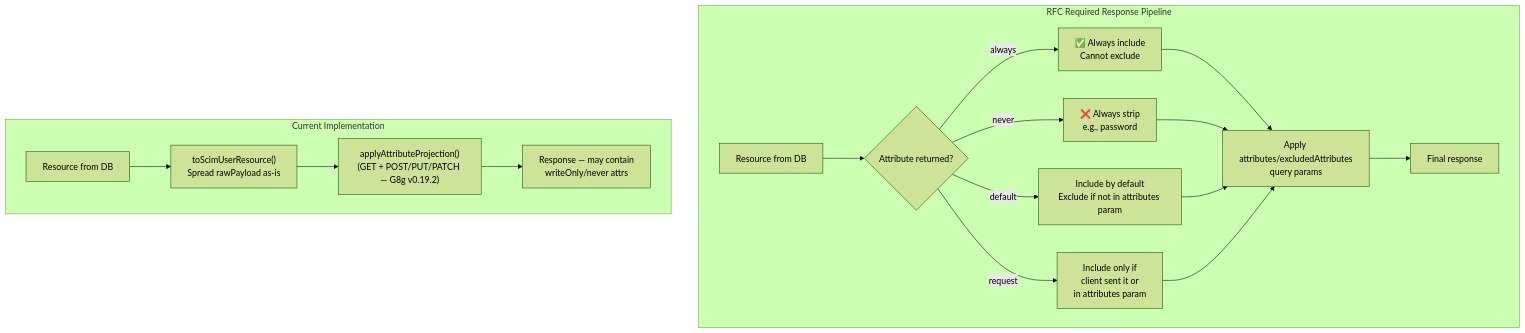
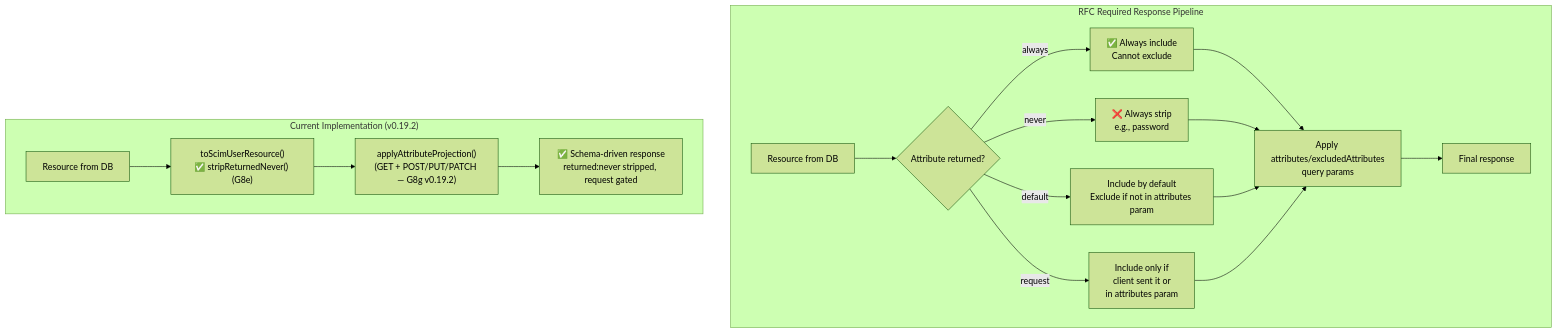
The sixth of 15 diagrams in docs/RFC_ATTRIBUTE_CHARACTERISTICS_ANALYSIS.md (pranems/SCIMServer), drawn with Mermaid (forest theme) before and after one commit. The commit also changed other lines of this file and 5 other files, not shown here.

````diff
--- a/docs/RFC_ATTRIBUTE_CHARACTERISTICS_ANALYSIS.md
+++ b/docs/RFC_ATTRIBUTE_CHARACTERISTICS_ANALYSIS.md
@@ -450,18 +451,18 @@
 ```mermaid
 flowchart TB
     subgraph "RFC Required Response Pipeline"
         A[Resource from DB] --> B{Attribute returned?}
         B -->|always| C[✅ Always include<br/>Cannot exclude]
         B -->|never| D[❌ Always strip<br/>e.g., password]
         B -->|default| E[Include by default<br/>Exclude if not in attributes param]
         B -->|request| F[Include only if<br/>client sent it or<br/>in attributes param]
         C & D & E & F --> G[Apply attributes/excludedAttributes<br/>query params]
         G --> H[Final response]
     end
 
-    subgraph "Current Implementation"
-        A2[Resource from DB] --> B2["toScimUserResource()<br/>Spread rawPayload as-is"]
+    subgraph "Current Implementation (v0.19.2)"
+        A2[Resource from DB] --> B2["toScimUserResource()<br/>✅ stripReturnedNever() (G8e)"]
         B2 --> C2["applyAttributeProjection()<br/>(GET + POST/PUT/PATCH — G8g v0.19.2)"]
-        C2 --> D2[Response — may contain<br/>writeOnly/never attrs]
+        C2 --> D2["✅ Schema-driven response<br/>returned:never stripped, request gated"]
     end
 ```
````
